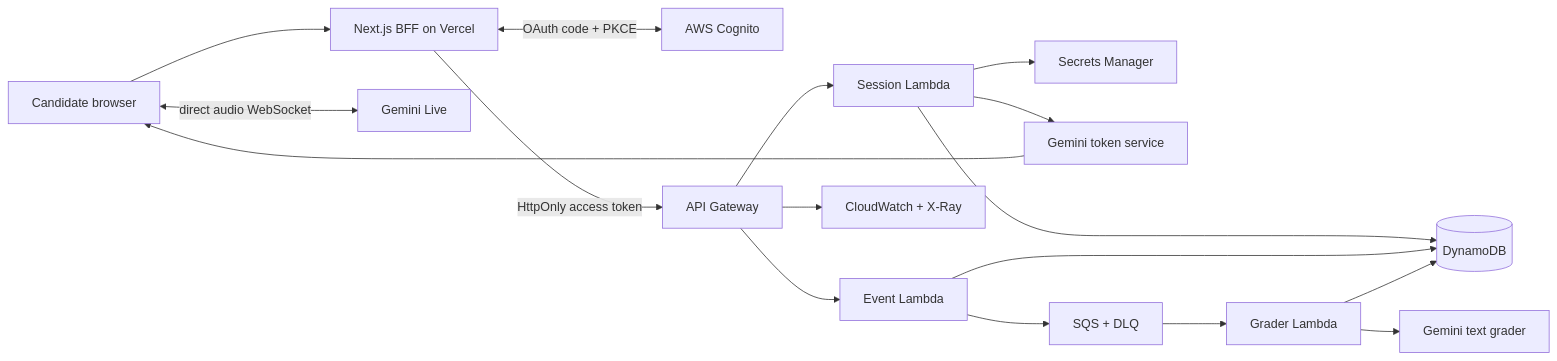
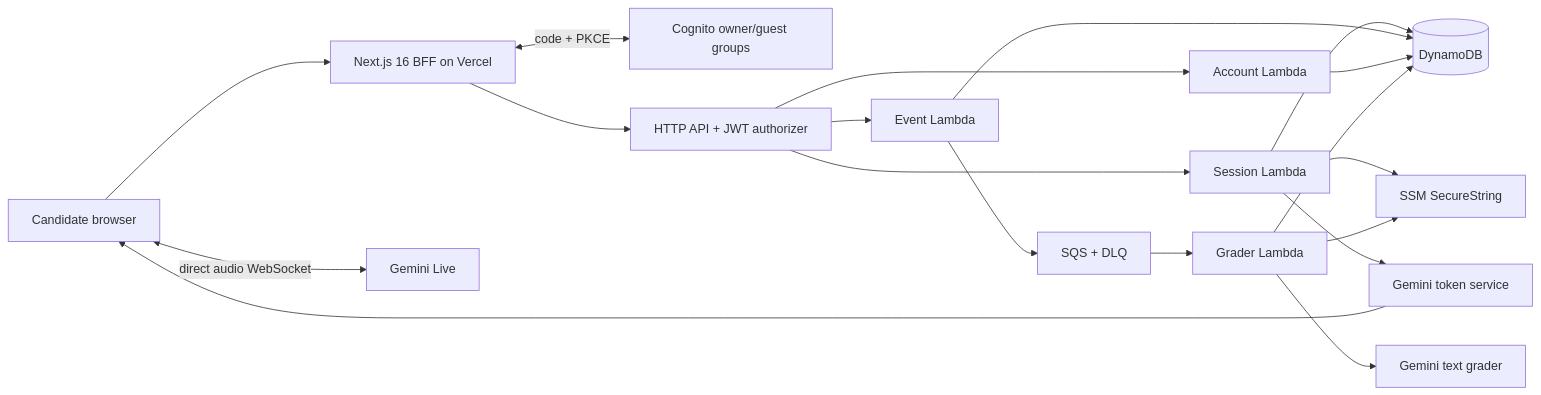
One commit to AloysiusLimMingZhou/signal-room-interview-coach changed the diagram in README.md. Above: the diagram before and after it, drawn with Mermaid. The commit also changed other lines of this file and 8 other files, not shown here.

Commit message:
docs: reconcile Phase 1 architecture and verify security boundaries

```diff
--- a/README.md
+++ b/README.md
@@ -29,19 +26,21 @@
 ~~~mermaid
 flowchart LR
-  Browser[Candidate browser] --> BFF[Next.js BFF on Vercel]
-  BFF <-->|OAuth code + PKCE| Cognito[AWS Cognito]
-  BFF -->|HttpOnly access token| API[API Gateway]
+  Browser[Candidate browser] --> BFF[Next.js 16 BFF on Vercel]
+  BFF <-->|code + PKCE| Cognito[Cognito owner/guest groups]
+  BFF --> API[HTTP API + JWT authorizer]
   API --> Session[Session Lambda]
   API --> Events[Event Lambda]
-  Session --> DDB[(DynamoDB)]
-  Session --> Secret[Secrets Manager]
+  API --> Account[Account Lambda]
+  Session --> DB[(DynamoDB)]
+  Events --> DB
+  Account --> DB
+  Session --> Key[SSM SecureString]
   Session --> Token[Gemini token service]
   Token --> Browser
   Browser <-->|direct audio WebSocket| Live[Gemini Live]
-  Events --> DDB
   Events --> Queue[SQS + DLQ]
   Queue --> Grader[Grader Lambda]
+  Grader --> Key
   Grader --> Grade[Gemini text grader]
-  Grader --> DDB
-  API --> CW[CloudWatch + X-Ray]
+  Grader --> DB
 ~~~
```
